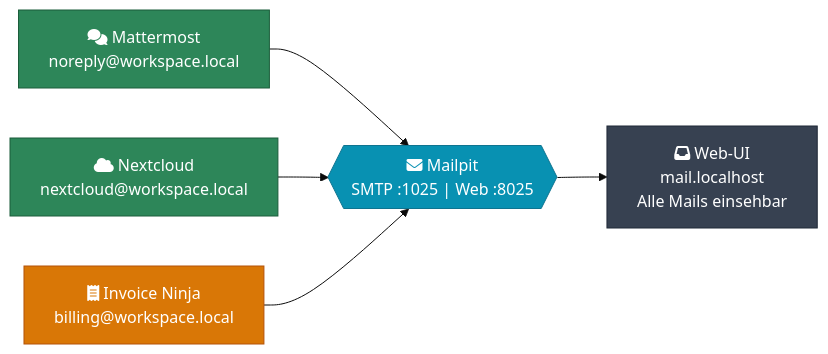
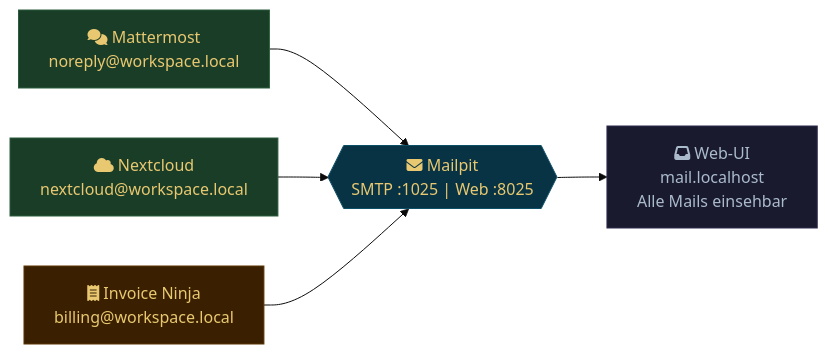
One commit to Paddione/Bachelorprojekt changed the seventh of 10 diagrams in k3d/docs-content/architecture.md. Above: the diagram before and after it, drawn with Mermaid (base theme). The commit also changed other lines of this file and 6 other files, not shown here.

First line of the commit message:
docs: retheme all Mermaid diagrams to mentolder dark+gold palette

````diff
--- a/k3d/docs-content/architecture.md
+++ b/k3d/docs-content/architecture.md
@@ -518,16 +518,16 @@
 ```mermaid
 flowchart LR
     MM["fa:fa-comments Mattermost\nnoreply@workspace.local"] --> MP
     NC["fa:fa-cloud Nextcloud\nnextcloud@workspace.local"] --> MP
     IN["fa:fa-receipt Invoice Ninja\nbilling@workspace.local"] --> MP
 
     MP{{"fa:fa-envelope Mailpit\nSMTP :1025 | Web :8025"}}
 
     MP --> INBOX["fa:fa-inbox Web-UI\nmail.localhost\nAlle Mails einsehbar"]
 
-    style MM fill:#2d8659,color:#fff,stroke:#1a5c3a
-    style NC fill:#2d8659,color:#fff,stroke:#1a5c3a
-    style IN fill:#d97706,color:#fff,stroke:#b45309
-    style MP fill:#0891b2,color:#fff,stroke:#0e7490
-    style INBOX fill:#374151,color:#fff,stroke:#1f2937
+    style MM fill:#1a3d28,color:#e8c870,stroke:#2a5c3a
+    style NC fill:#1a3d28,color:#e8c870,stroke:#2a5c3a
+    style IN fill:#3a2000,color:#e8c870,stroke:#5a3500
+    style MP fill:#083344,color:#e8c870,stroke:#0e4f68
+    style INBOX fill:#1a1a2e,color:#aabbcc,stroke:#2a2a4a
 ```
````
